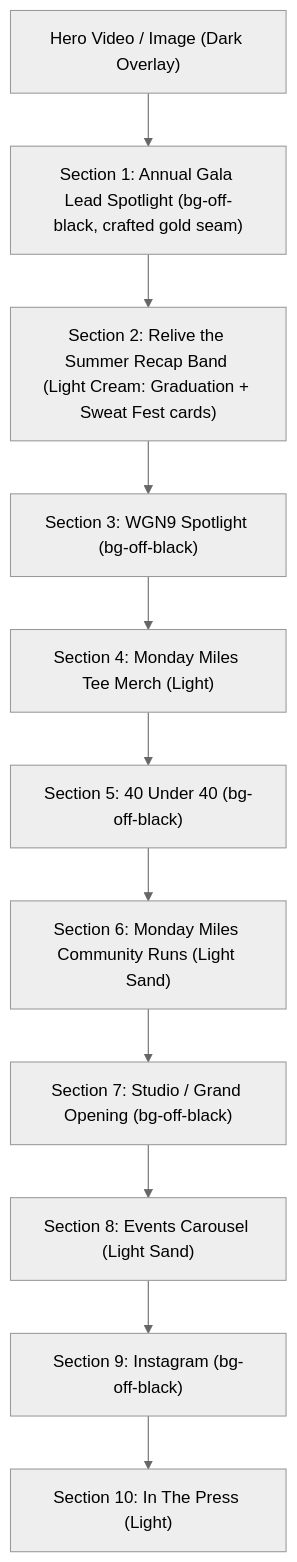
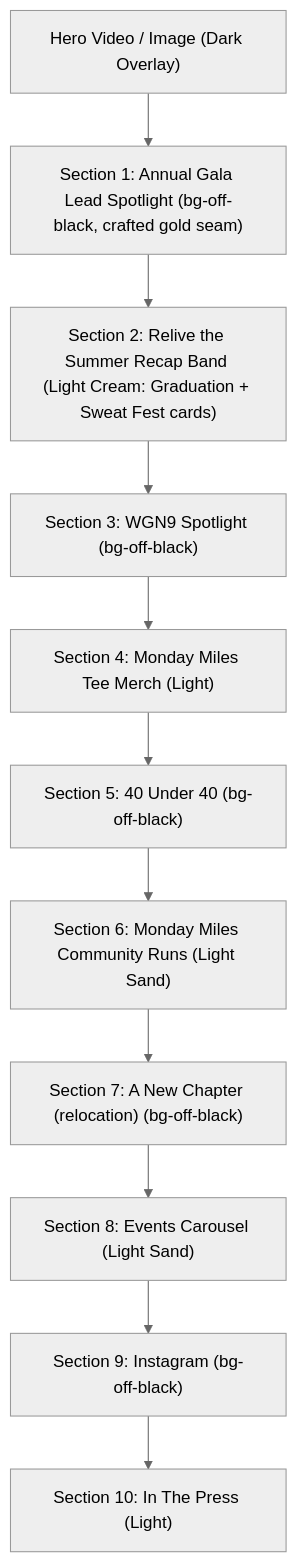
One commit to awaisqazi/latinasweatproject changed the first of 3 diagrams in design.md. Above: the diagram before and after it, drawn with Mermaid (neutral theme). The commit also changed other lines of this file and 1 other file, not shown here.

Commit message:
Homepage: Grand Opening section becomes "A New Chapter" relocation copy
The studio section no longer announces a grand opening. It now says daily
classes at 949 W 16th St run through September 25, LSP goes pop-up around the
neighborhood after that, and the new Pilsen home opens early 2027, with the
founder's "never these walls" line, a Book a class CTA, and a Support the
next studio CTA to /donate. Slot, dark theme, and media side are unchanged;
design.md updated.

````diff
--- a/design.md
+++ b/design.md
@@ -34,13 +34,13 @@
 ```mermaid
 graph TD
     Hero["Hero Video / Image (Dark Overlay)"] --> Sec1["Section 1: Annual Gala Lead Spotlight (bg-off-black, crafted gold seam)"]
     Sec1 --> Sec2["Section 2: Relive the Summer Recap Band (Light Cream: Graduation + Sweat Fest cards)"]
     Sec2 --> Sec3["Section 3: WGN9 Spotlight (bg-off-black)"]
     Sec3 --> Sec4["Section 4: Monday Miles Tee Merch (Light)"]
     Sec4 --> Sec5["Section 5: 40 Under 40 (bg-off-black)"]
     Sec5 --> Sec6["Section 6: Monday Miles Community Runs (Light Sand)"]
-    Sec6 --> Sec7["Section 7: Studio / Grand Opening (bg-off-black)"]
+    Sec6 --> Sec7["Section 7: A New Chapter (relocation) (bg-off-black)"]
     Sec7 --> Sec8["Section 8: Events Carousel (Light Sand)"]
     Sec8 --> Sec9["Section 9: Instagram (bg-off-black)"]
     Sec9 --> Sec10["Section 10: In The Press (Light)"]
 ```
````
